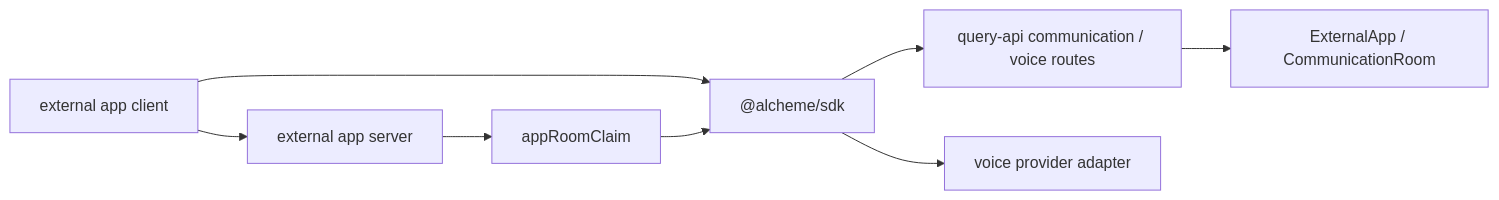
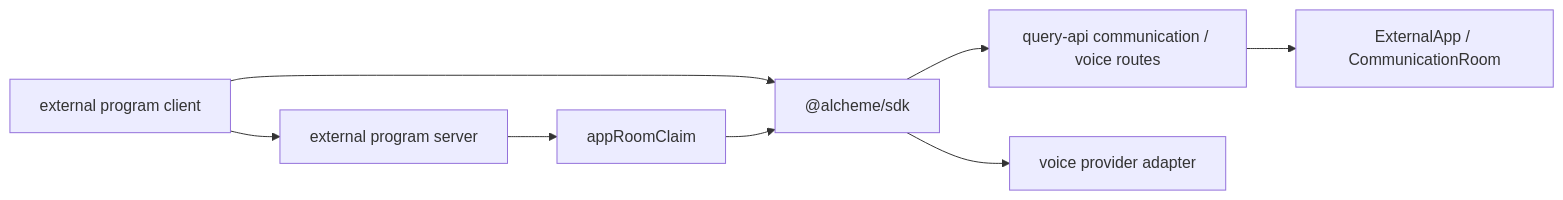
The first of 2 diagrams in examples/game-chat-headless/README.md (alcheme-labs/alcheme-protocol), drawn with Mermaid before and after one commit. The commit also changed other lines of this file and 18 other files, not shown here.

Commit message:
Document external program integration quickstart

````diff
--- a/examples/game-chat-headless/README.md
+++ b/examples/game-chat-headless/README.md
@@ -18,10 +22,10 @@
 ```mermaid
 flowchart LR
-    app["external app client"] --> sdk["@alcheme/sdk"]
-    app --> server["external app server"]
+    app["external program client"] --> sdk["@alcheme/sdk"]
+    app --> server["external program server"]
     server --> claim["appRoomClaim"]
     claim --> sdk
     sdk --> query["query-api communication / voice routes"]
     query --> external["ExternalApp / CommunicationRoom"]
     sdk --> voice["voice provider adapter"]
 ```
````
